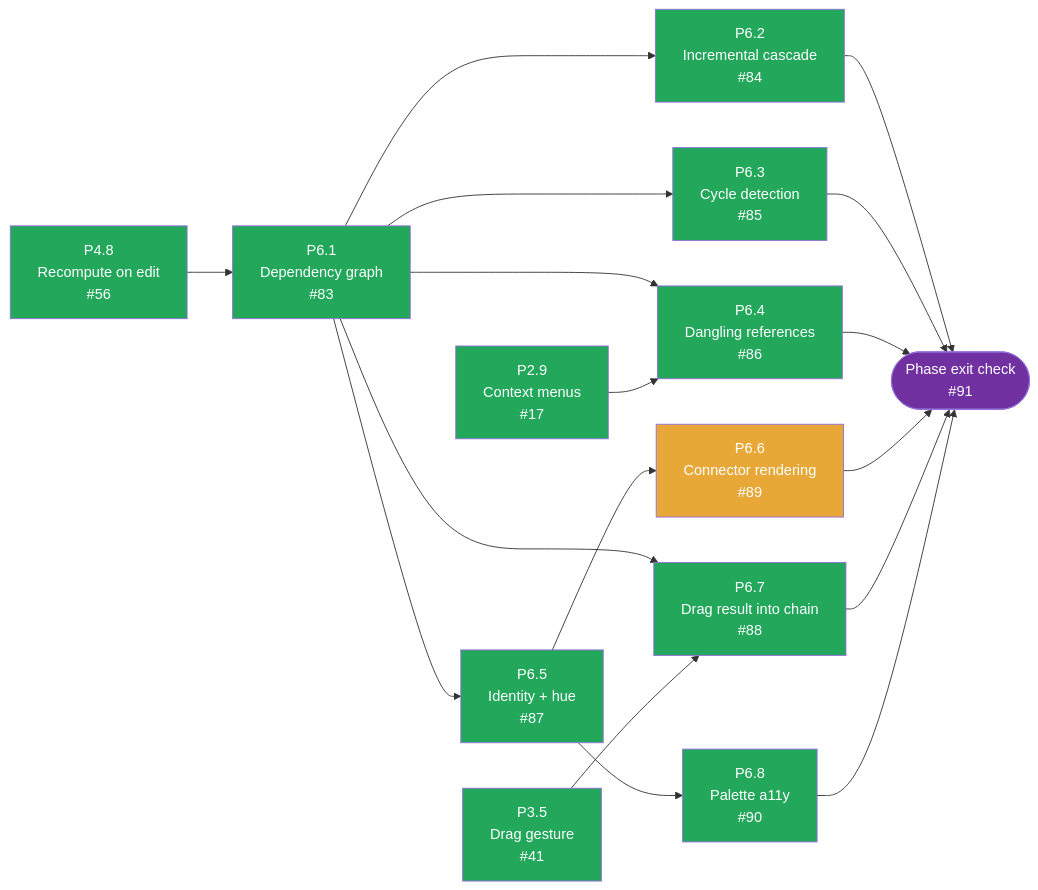
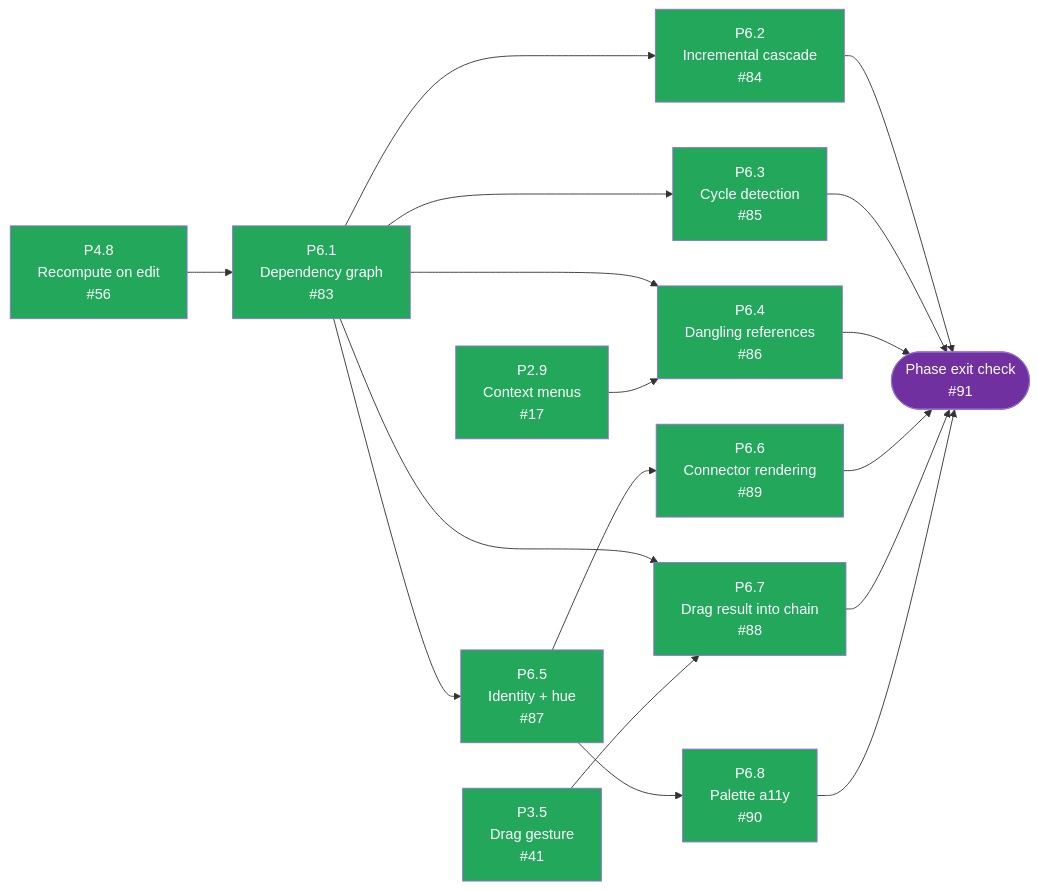
One commit to tousifosman/CalcMind changed the fifth of 5 diagrams in docs/DEVELOPMENT_PLAN.md. Above: the diagram before and after it, drawn with Mermaid. The commit also changed other lines of this file and 11 other files, not shown here.

````diff
--- a/docs/DEVELOPMENT_PLAN.md
+++ b/docs/DEVELOPMENT_PLAN.md
@@ -929,46 +929,46 @@
 ```mermaid
 flowchart LR
     P48["P4.8<br/>Recompute on edit<br/>#56"]
     P29["P2.9<br/>Context menus<br/>#17"]
     P35["P3.5<br/>Drag gesture<br/>#41"]
     P61["P6.1<br/>Dependency graph<br/>#83"]
     P62["P6.2<br/>Incremental cascade<br/>#84"]
     P63["P6.3<br/>Cycle detection<br/>#85"]
     P64["P6.4<br/>Dangling references<br/>#86"]
     P65["P6.5<br/>Identity + hue<br/>#87"]
     P66["P6.6<br/>Connector rendering<br/>#89"]
     P67["P6.7<br/>Drag result into chain<br/>#88"]
     P68["P6.8<br/>Palette a11y<br/>#90"]
     EXIT(["Phase exit check<br/>#91"])
 
     P48 --> P61
     P61 --> P62
     P61 --> P63
     P61 --> P64
     P29 --> P64
     P61 --> P65
     P65 --> P66
     P61 --> P67
     P35 --> P67
     P65 --> P68
 
     P62 --> EXIT
     P63 --> EXIT
     P64 --> EXIT
     P66 --> EXIT
     P67 --> EXIT
     P68 --> EXIT
 
     style P48 fill:#22A75B,color:#fff
     style P29 fill:#22A75B,color:#fff
     style P35 fill:#22A75B,color:#fff
     style P61 fill:#22A75B,color:#fff
     style P62 fill:#22A75B,color:#fff
     style P63 fill:#22A75B,color:#fff
     style P64 fill:#22A75B,color:#fff
     style P65 fill:#22A75B,color:#fff
-    style P66 fill:#E8A838,color:#fff
+    style P66 fill:#22A75B,color:#fff
     style P67 fill:#22A75B,color:#fff
     style P68 fill:#22A75B,color:#fff
     style EXIT fill:#7030A0,color:#fff
 ```
````
